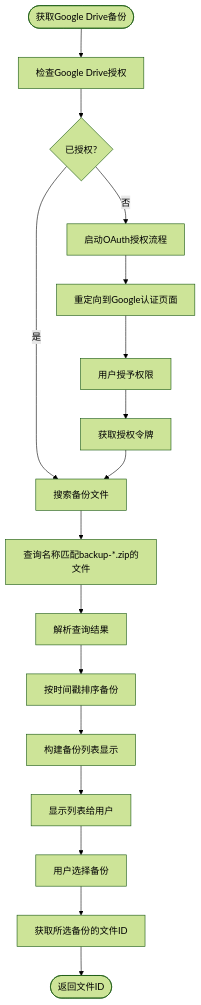
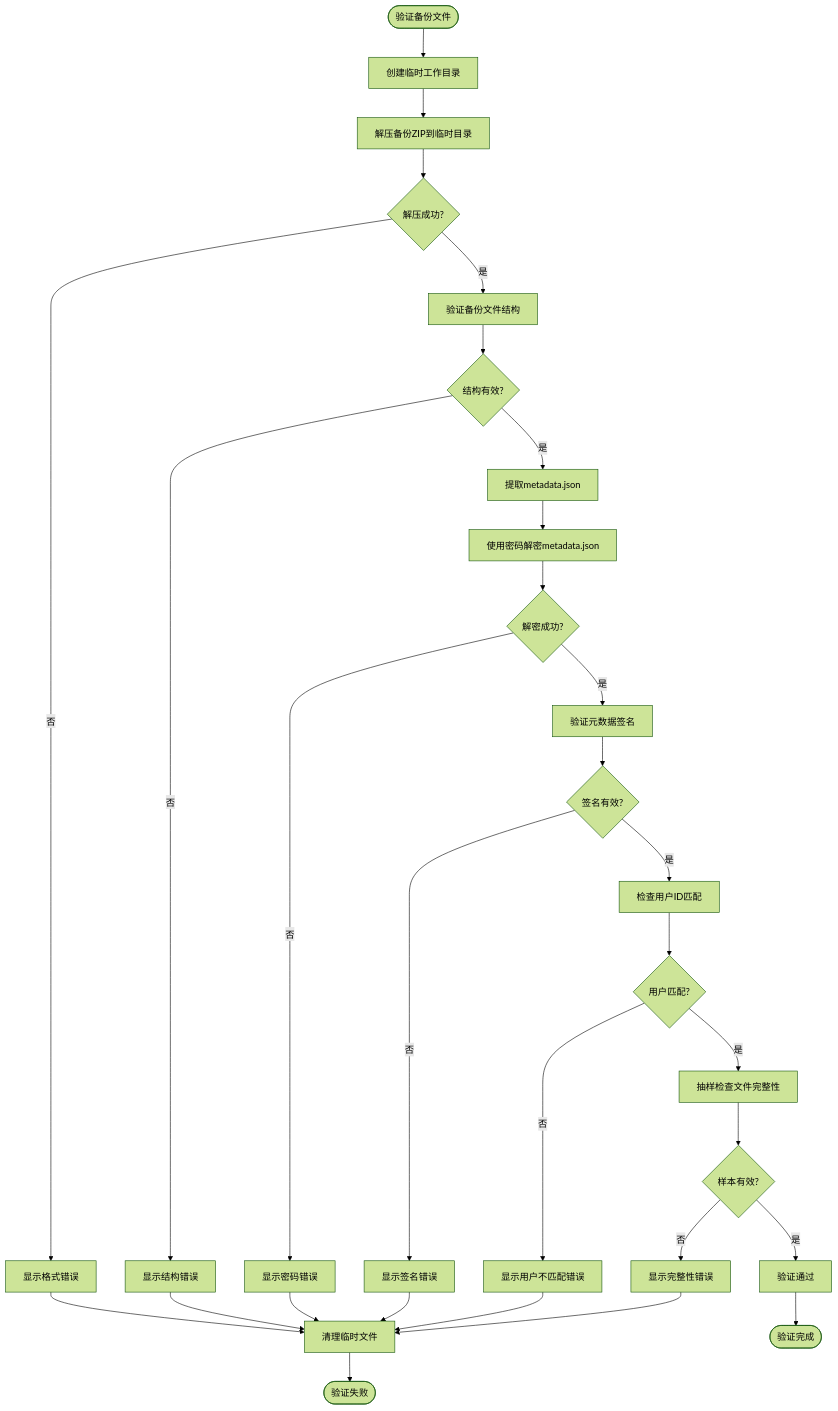
The diagram in all/未命名-53.md (yingjianzh/iodraw-files), drawn with Mermaid (forest theme) before and after one commit.

Commit message:
2025-05-09 16:27:16 update

````diff
--- a/all/未命名-53.md
+++ b/all/未命名-53.md
@@ -1,24 +1,41 @@
 ```mermaid
 flowchart TD
-    Start([获取Google Drive备份]) --> CheckAuth[检查Google Drive授权]
-    CheckAuth --> AuthStatus{已授权?}
+    Start([验证备份文件]) --> CreateTempDir[创建临时工作目录]
+    CreateTempDir --> ExtractZip[解压备份ZIP到临时目录]
     
-    AuthStatus -->|否| InitiateAuth[启动OAuth授权流程]
-    AuthStatus -->|是| SearchFiles[搜索备份文件]
+    ExtractZip --> ExtractSuccess{解压成功?}
+    ExtractSuccess -->|否| ShowFormatError[显示格式错误]
+    ExtractSuccess -->|是| ValidateStructure[验证备份文件结构]
     
-    InitiateAuth --> RedirectToGoogle[重定向到Google认证页面]
-    RedirectToGoogle --> UserGrants[用户授予权限]
-    UserGrants --> GetAuthToken[获取授权令牌]
-    GetAuthToken --> SearchFiles
+    ValidateStructure --> StructureValid{结构有效?}
+    StructureValid -->|否| ShowStructureError[显示结构错误]
+    StructureValid -->|是| ExtractMetadata[提取metadata.json]
     
-    SearchFiles --> QueryDrive[查询名称匹配backup-*.zip的文件]
-    QueryDrive --> ParseResults[解析查询结果]
-    ParseResults --> SortBackups[按时间戳排序备份]
+    ExtractMetadata --> DecryptMetadata[使用密码解密metadata.json]
+    DecryptMetadata --> DecryptSuccess{解密成功?}
+    DecryptSuccess -->|否| ShowPasswordError[显示密码错误]
+    DecryptSuccess -->|是| ValidateSignature[验证元数据签名]
     
-    SortBackups --> BuildBackupList[构建备份列表显示]
-    BuildBackupList --> DisplayToUser[显示列表给用户]
-    DisplayToUser --> UserSelects[用户选择备份]
+    ValidateSignature --> SignatureValid{签名有效?}
+    SignatureValid -->|否| ShowSignatureError[显示签名错误]
+    SignatureValid -->|是| CheckUserMatch[检查用户ID匹配]
     
-    UserSelects --> GetFileID[获取所选备份的文件ID]
-    GetFileID --> End([返回文件ID])
+    CheckUserMatch --> UserMatch{用户匹配?}
+    UserMatch -->|否| ShowUserError[显示用户不匹配错误]
+    UserMatch -->|是| SampleFileCheck[抽样检查文件完整性]
+    
+    SampleFileCheck --> SamplesValid{样本有效?}
+    SamplesValid -->|否| ShowIntegrityError[显示完整性错误]
+    SamplesValid -->|是| ValidationSuccess[验证通过]
+    
+    ValidationSuccess --> End([验证完成])
+    
+    ShowFormatError --> CleanupTemp[清理临时文件]
+    ShowPasswordError --> CleanupTemp
+    ShowStructureError --> CleanupTemp
+    ShowSignatureError --> CleanupTemp
+    ShowUserError --> CleanupTemp
+    ShowIntegrityError --> CleanupTemp
+    
+    CleanupTemp --> EndWithError([验证失败])
 ```
````
